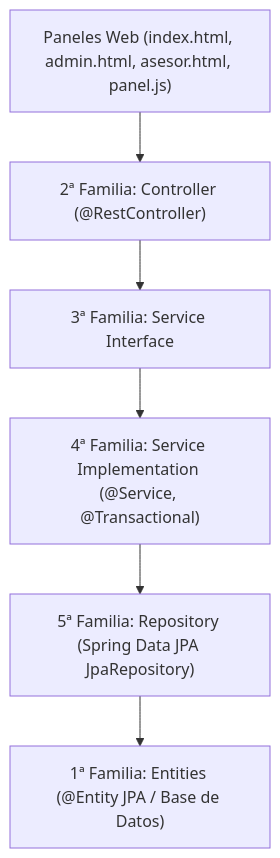
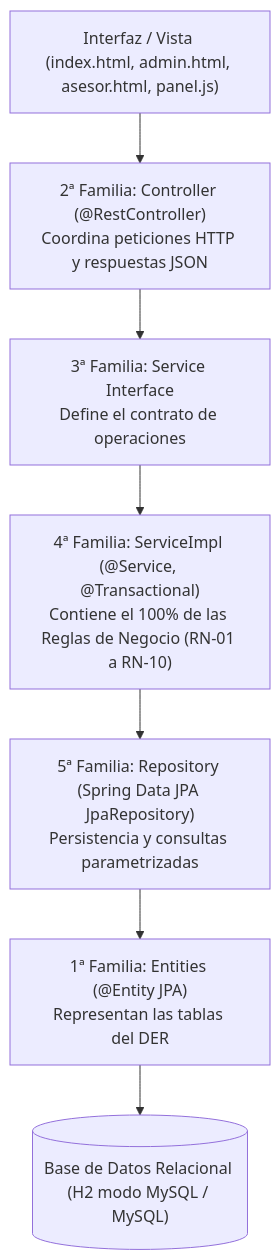
Before and after one commit to adaly0550/gestion-inmobiliaria: the third of 4 diagrams in docs/02_PLAN.md, drawn with Mermaid. The commit also changed other lines of this file and 11 other files, not shown here.

````diff
--- a/docs/02_PLAN.md
+++ b/docs/02_PLAN.md
@@ -9,8 +128,9 @@
 ```mermaid
 flowchart TD
-    UI["Paneles Web (index.html, admin.html, asesor.html, panel.js)"] --> CTRL["2ª Familia: Controller (@RestController)"]
-    CTRL --> SVC_I["3ª Familia: Service Interface"]
-    SVC_I --> SVC_IMPL["4ª Familia: Service Implementation (@Service, @Transactional)"]
-    SVC_IMPL --> REPO["5ª Familia: Repository (Spring Data JPA JpaRepository)"]
-    REPO --> ENT["1ª Familia: Entities (@Entity JPA / Base de Datos)"]
+    UI["Interfaz / Vista (index.html, admin.html, asesor.html, panel.js)"] --> CTRL["2ª Familia: Controller (@RestController)\nCoordina peticiones HTTP y respuestas JSON"]
+    CTRL --> SVC_I["3ª Familia: Service Interface\nDefine el contrato de operaciones"]
+    SVC_I --> SVC_IMPL["4ª Familia: ServiceImpl (@Service, @Transactional)\nContiene el 100% de las Reglas de Negocio (RN-01 a RN-10)"]
+    SVC_IMPL --> REPO["5ª Familia: Repository (Spring Data JPA JpaRepository)\nPersistencia y consultas parametrizadas"]
+    REPO --> ENT["1ª Familia: Entities (@Entity JPA)\nRepresentan las tablas del DER"]
+    ENT --> DB[("Base de Datos Relacional (H2 modo MySQL / MySQL)")]
 ```
````
